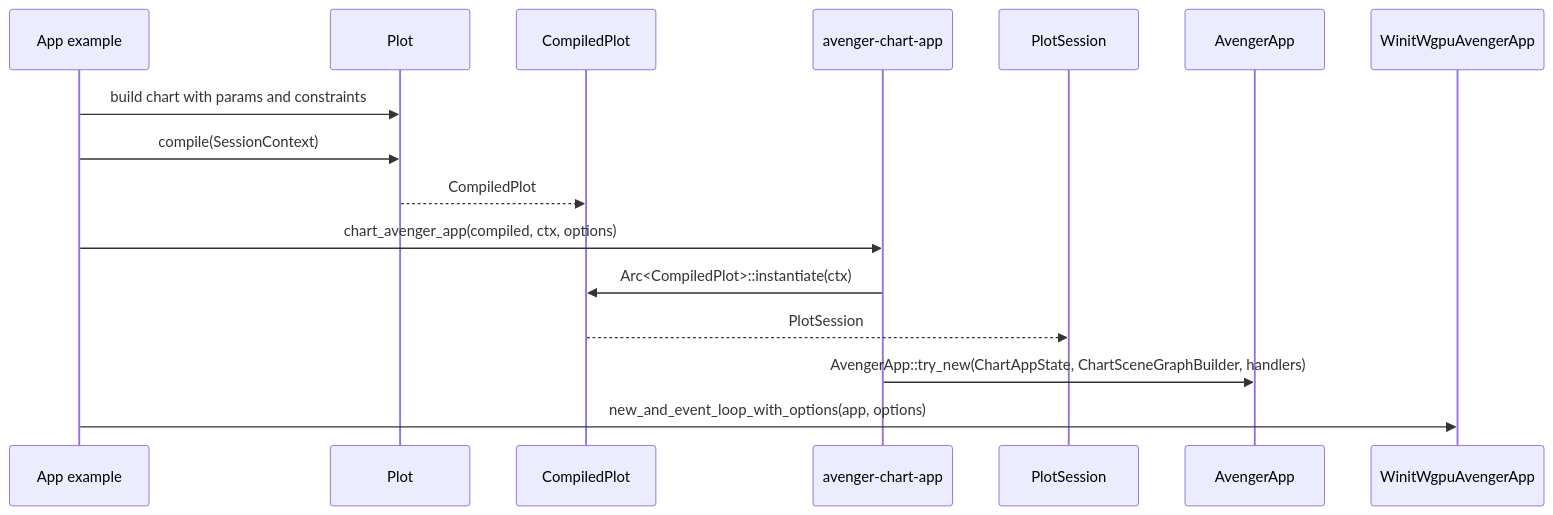
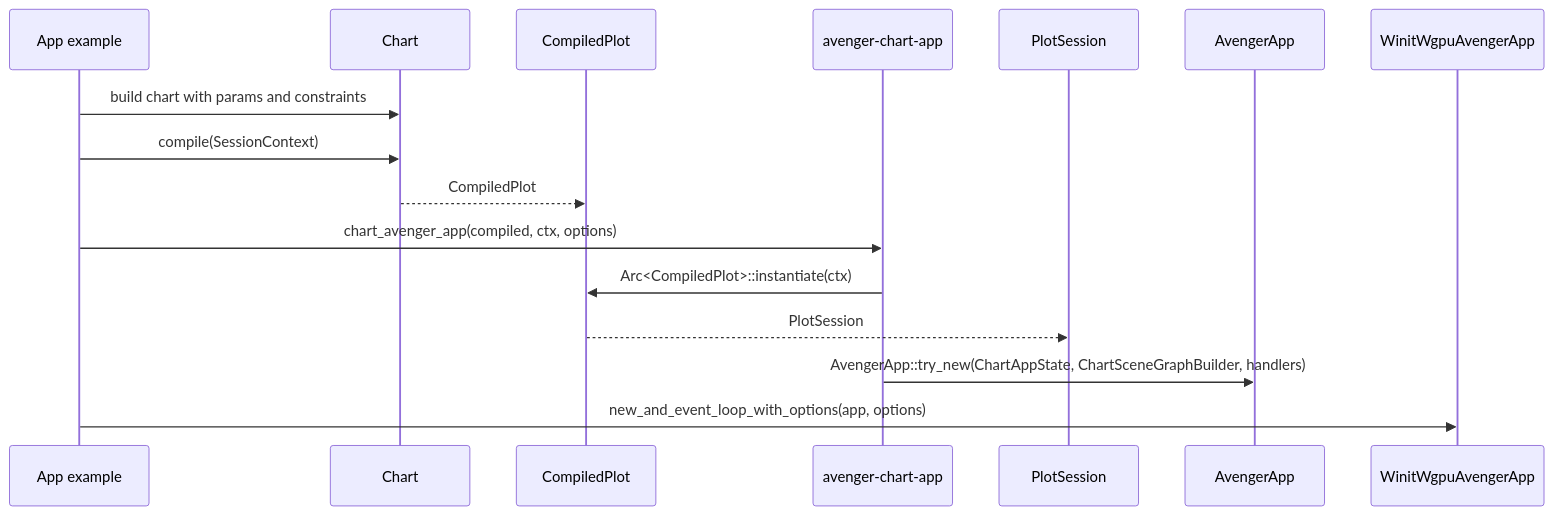
The second of 3 diagrams in avenger-chart/docs/architecture/chart-apps-and-interaction.md (jonmmease/avenger), drawn with Mermaid before and after one commit. The commit also changed 70 other files, not shown here.

Commit message:
refactor(chart): make Plot compile crate-private

````diff
--- a/avenger-chart/docs/architecture/chart-apps-and-interaction.md
+++ b/avenger-chart/docs/architecture/chart-apps-and-interaction.md
@@ -55,19 +55,19 @@
 ```mermaid
 sequenceDiagram
     participant User as App example
-    participant Plot as Plot
+    participant Chart as Chart
     participant Compiled as CompiledPlot
     participant ChartApp as avenger-chart-app
     participant Session as PlotSession
     participant App as AvengerApp
     participant Winit as WinitWgpuAvengerApp
 
-    User->>Plot: build chart with params and constraints
-    User->>Plot: compile(SessionContext)
-    Plot-->>Compiled: CompiledPlot
+    User->>Chart: build chart with params and constraints
+    User->>Chart: compile(SessionContext)
+    Chart-->>Compiled: CompiledPlot
     User->>ChartApp: chart_avenger_app(compiled, ctx, options)
     ChartApp->>Compiled: Arc<CompiledPlot>::instantiate(ctx)
     Compiled-->>Session: PlotSession
     ChartApp->>App: AvengerApp::try_new(ChartAppState, ChartSceneGraphBuilder, handlers)
     User->>Winit: new_and_event_loop_with_options(app, options)
 ```
````
